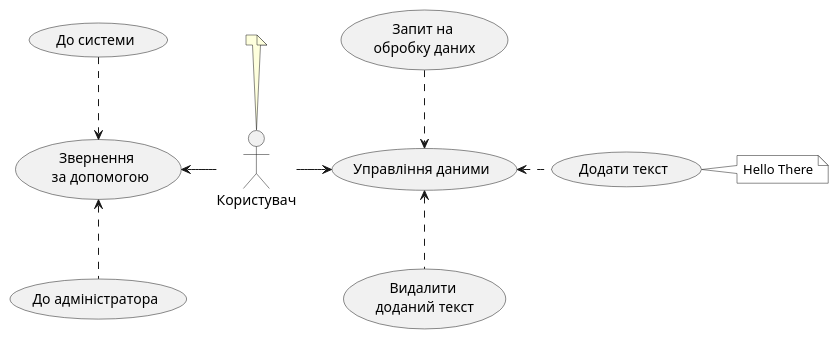
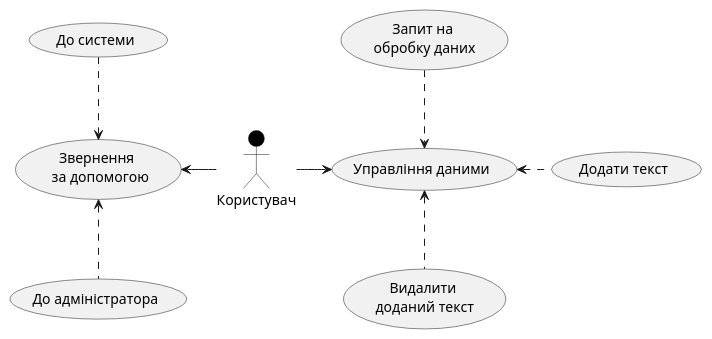
One commit to edu-db/edu_db_labs changed the second of 10 diagrams in docs/use cases/README.md. Above: the diagram before and after it, drawn with PlantUML. The commit also changed other lines of this file, not shown here.

````diff
--- a/docs/use cases/README.md
+++ b/docs/use cases/README.md
@@ -49,34 +51,26 @@
 ```plantuml
 @startuml
 
-    actor "Користувач" as User
-
-    note top of User
-        
-    end note
+    actor "Користувач" as User #black
 
     usecase "Звернення \n за допомогою" as Help
     usecase "До системи" as SystemHelp
     usecase "До адміністратора" as AdminHelp
 
     usecase "Управління даними" as Sources
     usecase "Додати текст" as Add
     usecase "Видалити \nдоданий текст" as Remove
     usecase "Запит на \nобробку даних" as Accept
-
-    note right of Add #fff
-        Hello There
-    end note
 
     AdminHelp .u.> Help
     SystemHelp .d.> Help
 
     Add .l.> Sources
     Remove .u.> Sources
     Accept .d.> Sources
 
     User -l-> Help
     User -r-> Sources
 
 @enduml
 ```
````
